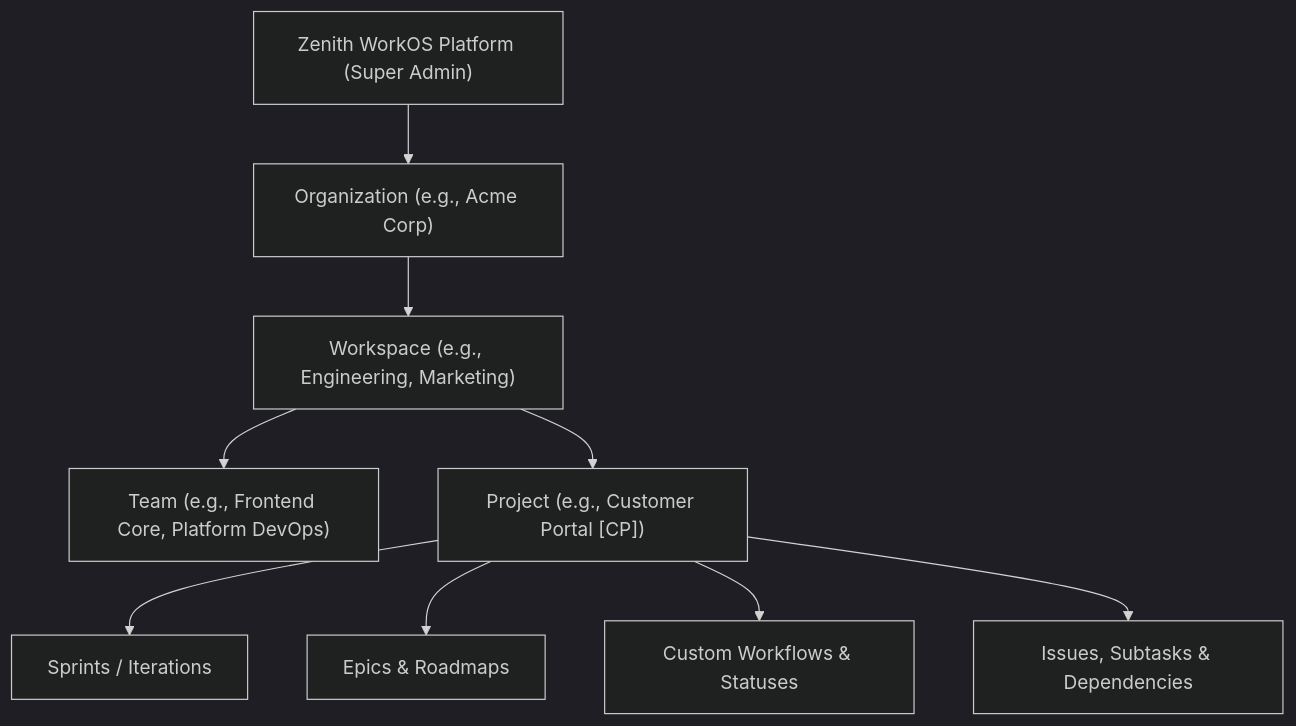
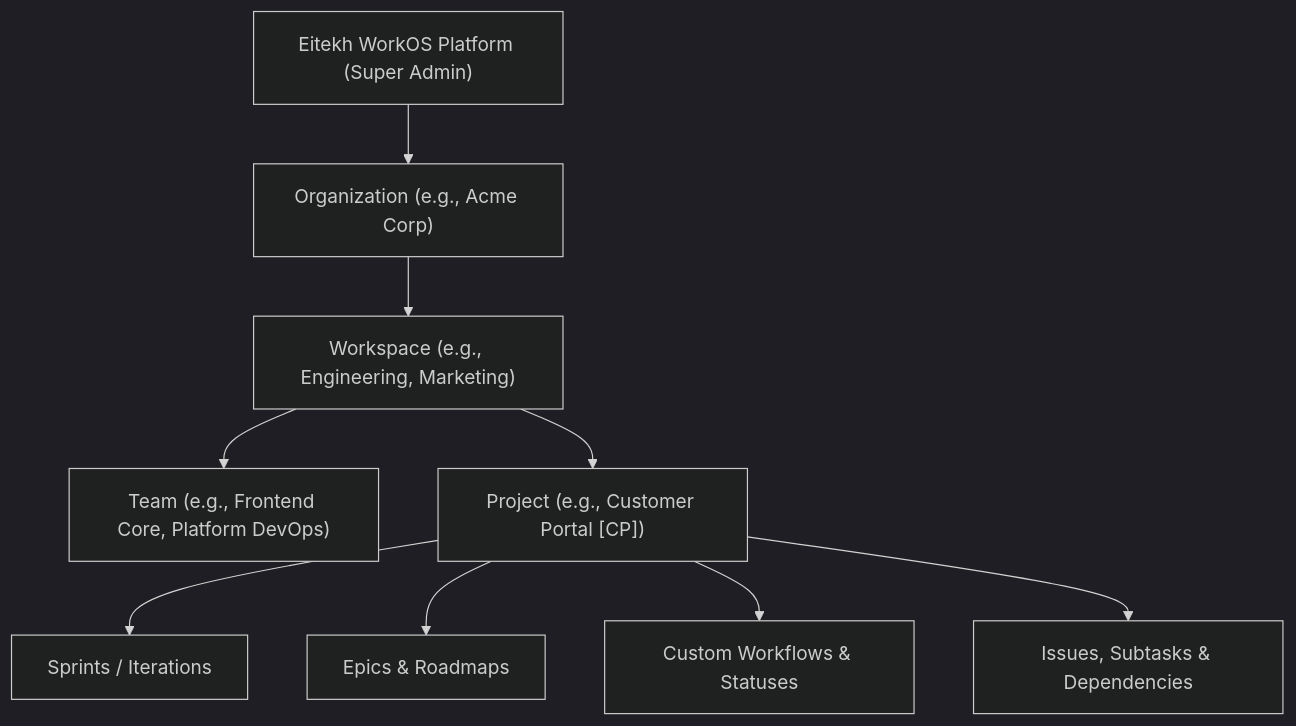
Before and after one commit to istiaqhaider8/Eitekh-WORKOS: the second of 3 diagrams in DOCUMENTATION.md, drawn with Mermaid (dark theme). The commit also changed other lines of this file and 22 other files, not shown here.

Commit message:
feat(eitekh): production hardening, PBAC security guards, multi-channel notifications, email Nodemailer engine, productivity hotkeys, filter persistence, and global Eitekh WorkOS rebranding

````diff
--- a/DOCUMENTATION.md
+++ b/DOCUMENTATION.md
@@ -106,12 +106,12 @@
 ```mermaid
 graph TD
-    Platform["Zenith WorkOS Platform (Super Admin)"]
+    Platform["Eitekh WorkOS Platform (Super Admin)"]
     Platform --> Org["Organization (e.g., Acme Corp)"]
     Org --> WS["Workspace (e.g., Engineering, Marketing)"]
     WS --> Team["Team (e.g., Frontend Core, Platform DevOps)"]
     WS --> Project["Project (e.g., Customer Portal [CP])"]
     Project --> Sprint["Sprints / Iterations"]
     Project --> Epic["Epics & Roadmaps"]
     Project --> Workflow["Custom Workflows & Statuses"]
     Project --> Issue["Issues, Subtasks & Dependencies"]
 ```
````
